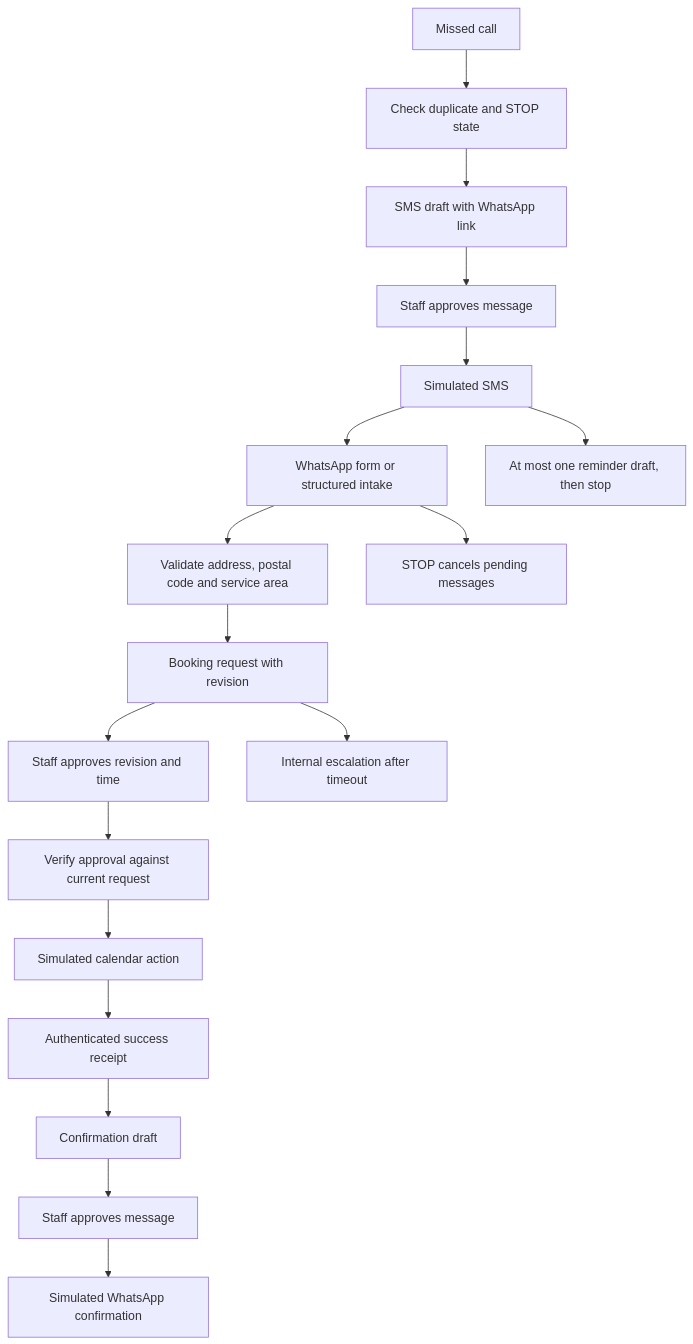
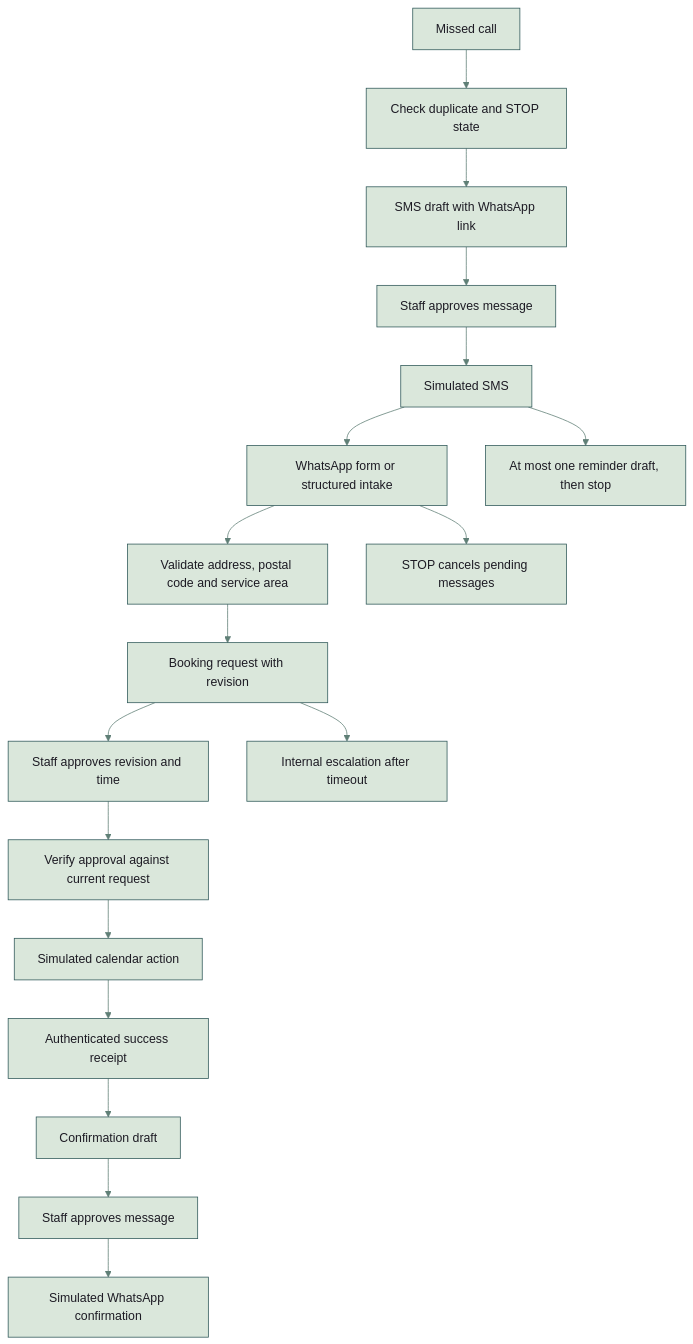
One commit to NickkkLian/missed-call-booking changed the diagram in README.md. Above: the diagram before and after it, drawn with Mermaid. The commit also changed other lines of this file, not shown here.

First line of the commit message:
README: the diagram and the build badge in the project's colours

````diff
--- a/README.md
+++ b/README.md
@@ -26,20 +26,21 @@
 ```mermaid
+%%{init: {"theme": "base", "themeVariables": {"darkMode": false, "fontFamily": "Inter, BlinkMacSystemFont, Segoe UI, Helvetica Neue, Helvetica, Arial", "primaryColor": "#dae7db", "mainBkg": "#dae7db", "primaryTextColor": "#1d1b24", "nodeTextColor": "#1d1b24", "textColor": "#1d1b24", "primaryBorderColor": "#2f5859", "nodeBorder": "#2f5859", "secondaryColor": "#fae8eb", "tertiaryColor": "#f7e9e8", "lineColor": "#5f7f76", "arrowheadColor": "#5f7f76", "defaultLinkColor": "#5f7f76", "edgeLabelBackground": "#fae8eb", "clusterBkg": "#f7e9e8", "clusterBorder": "#a8707a", "titleColor": "#7d2d44"}}}%%
 flowchart TD
     Call[Missed call] --> Dedupe[Check duplicate and STOP state]
     Dedupe --> Draft[SMS draft with WhatsApp link]
     Draft --> StaffSMS[Staff approves message]
     StaffSMS --> SMS[Simulated SMS]
     SMS --> Intake[WhatsApp form or structured intake]
     Intake --> Validate[Validate address, postal code and service area]
     Validate --> Request[Booking request with revision]
     Request --> StaffBooking[Staff approves revision and time]
     StaffBooking --> Guard[Verify approval against current request]
     Guard --> Calendar[Simulated calendar action]
     Calendar --> Receipt[Authenticated success receipt]
     Receipt --> Confirm[Confirmation draft]
     Confirm --> StaffConfirm[Staff approves message]
     StaffConfirm --> Reply[Simulated WhatsApp confirmation]
     Request --> Escalate[Internal escalation after timeout]
     SMS --> Reminder[At most one reminder draft, then stop]
     Intake --> Stop[STOP cancels pending messages]
 ```
````
